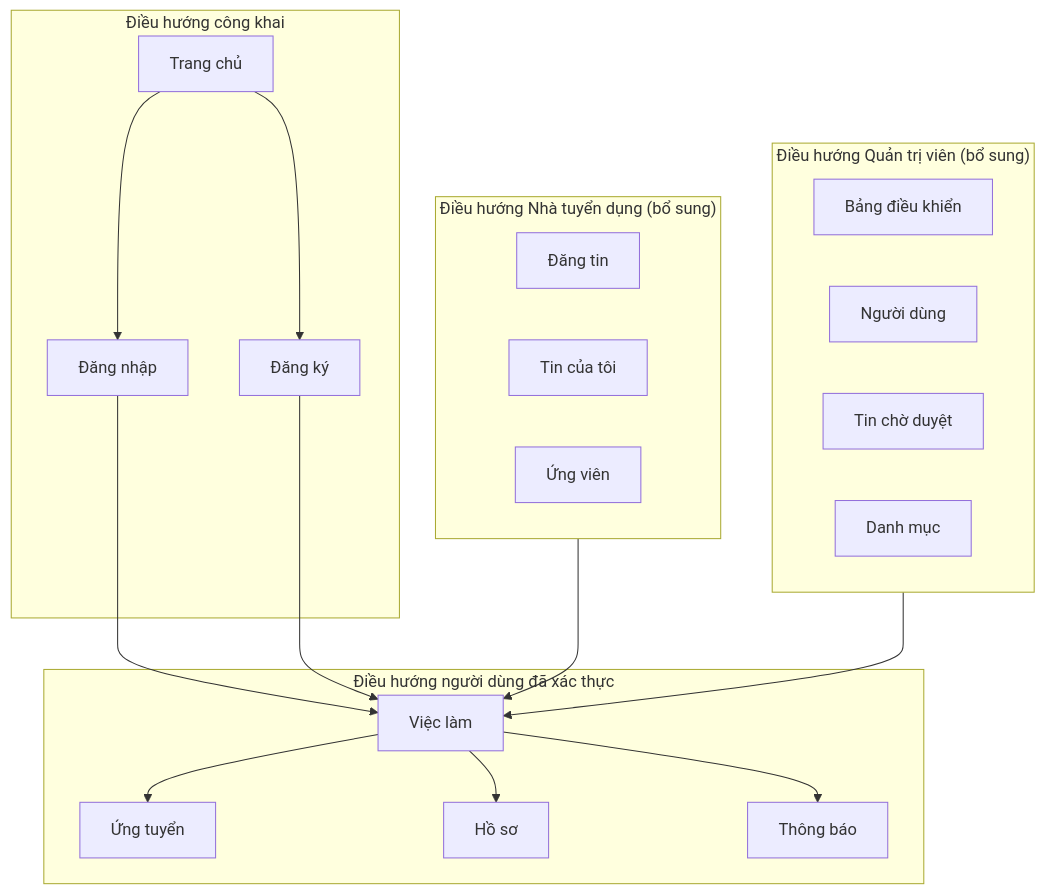
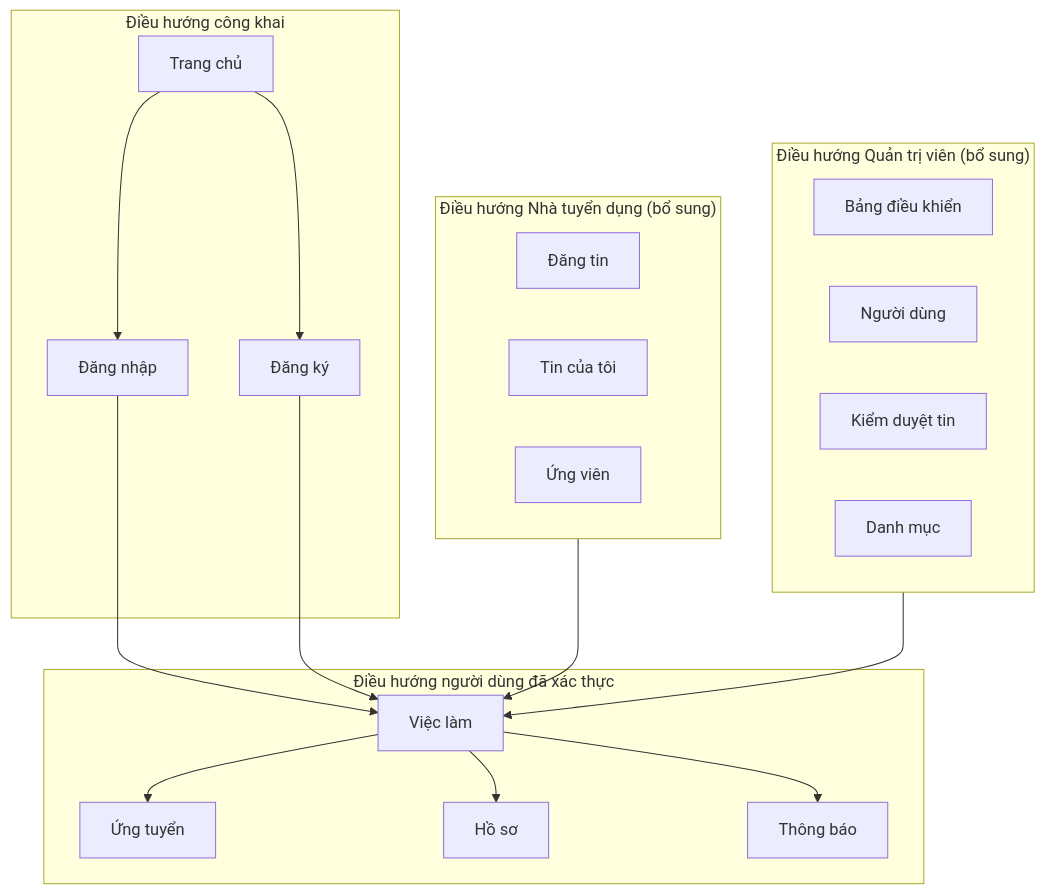
The second of 3 diagrams in docs/srs/vi/7-eir.vi.md (dut-pbl6-2026/job-platform-docs), drawn with Mermaid before and after one commit. The commit also changed other lines of this file and 26 other files, not shown here.

````diff
--- a/docs/srs/vi/7-eir.vi.md
+++ b/docs/srs/vi/7-eir.vi.md
@@ -68,40 +68,40 @@
 ```mermaid
 flowchart TB
     subgraph Public["Điều hướng công khai"]
         Home["Trang chủ"]
         Login["Đăng nhập"]
         Register["Đăng ký"]
     end
 
     subgraph User["Điều hướng người dùng đã xác thực"]
         Jobs["Việc làm"]
         Applications["Ứng tuyển"]
         Profile["Hồ sơ"]
         Notifications["Thông báo"]
     end
 
     subgraph Recruiter["Điều hướng Nhà tuyển dụng (bổ sung)"]
         PostJob["Đăng tin"]
         MyJobs["Tin của tôi"]
         Applicants["Ứng viên"]
     end
 
     subgraph Admin["Điều hướng Quản trị viên (bổ sung)"]
         AdminDash["Bảng điều khiển"]
         AdminUsers["Người dùng"]
-        AdminJobs["Tin chờ duyệt"]
+        AdminJobs["Kiểm duyệt tin"]
         AdminCategories["Danh mục"]
     end
 
     Home --> Login
     Home --> Register
     Login --> Jobs
     Register --> Jobs
 
     Jobs --> Applications
     Jobs --> Profile
     Jobs --> Notifications
 
     Recruiter --> Jobs
     Admin --> Jobs
 ```
````
